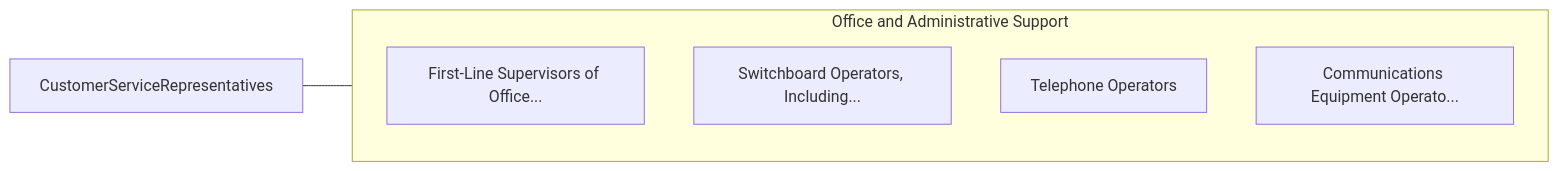
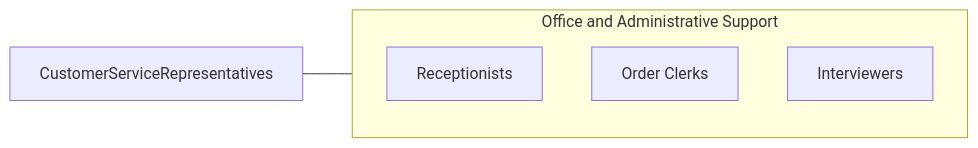
The third of 3 diagrams in occupations/Administrative/CustomerServiceRepresentatives.mdx (kziemski/business.org.ai), drawn with Mermaid before and after one commit. The commit also changed other lines of this file and 938 other files, not shown here.

````diff
--- a/occupations/Administrative/CustomerServiceRepresentatives.mdx
+++ b/occupations/Administrative/CustomerServiceRepresentatives.mdx
@@ -97,13 +101,10 @@
 ```mermaid
 graph LR
     Current["CustomerServiceRepresentatives"]
-
     subgraph SameCategory["Office and Administrative Support"]
-        FirstLineSupervisors["First-Line Supervisors of Office..."]
-        SwitchboardOperators["Switchboard Operators, Including..."]
-        TelephoneOperators["Telephone Operators"]
-        CommunicationsEquipm["Communications Equipment Operato..."]
+        RReceptionists["Receptionists"]
+        ROrderClerks["Order Clerks"]
+        RInterviewers["Interviewers"]
     end
-
     Current --- SameCategory
 ```
````
